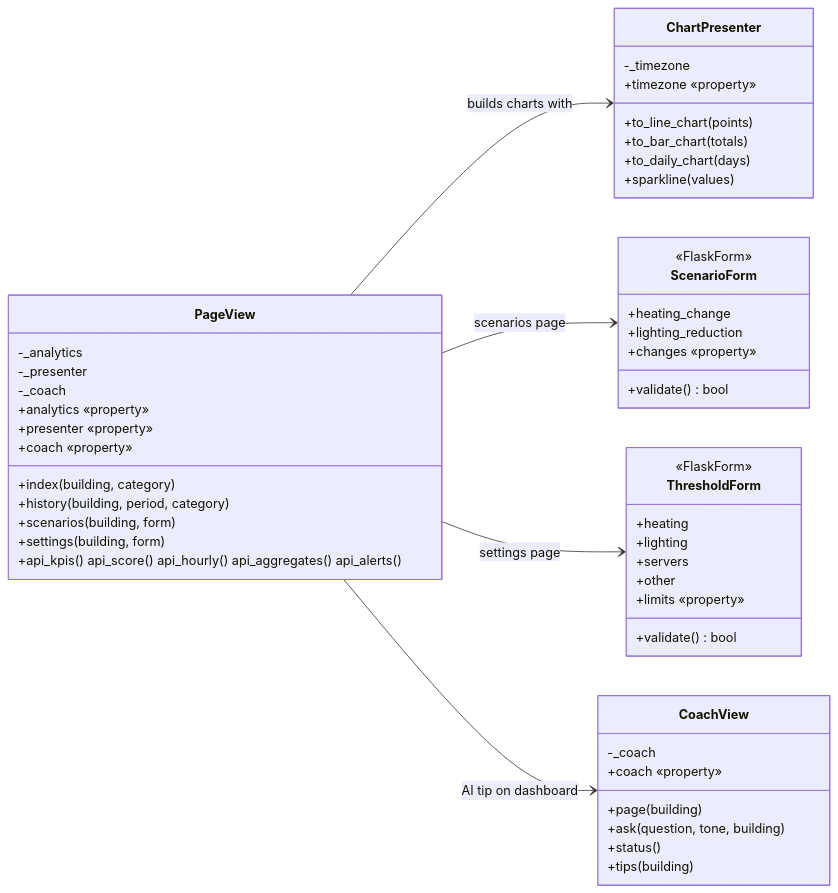
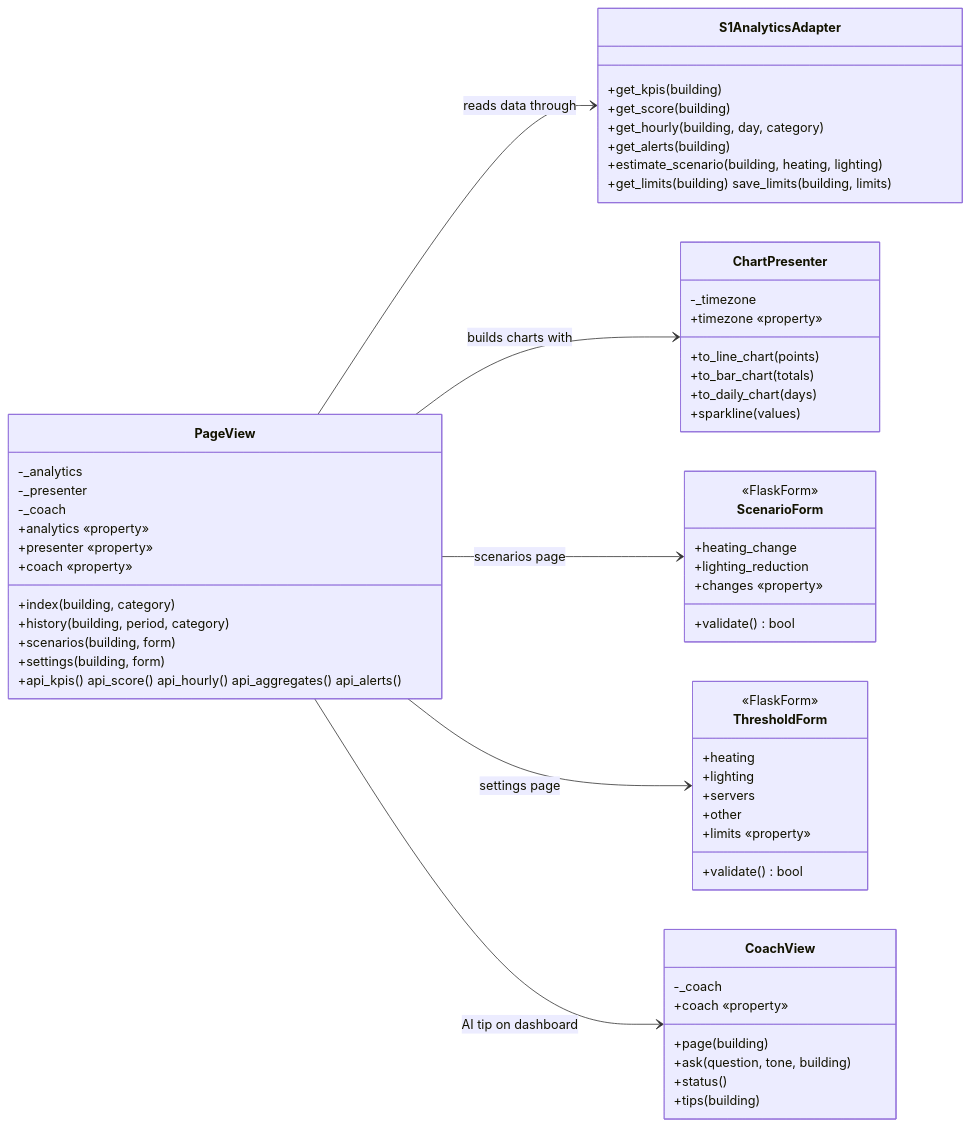
The second of 4 diagrams in README.md (azizjail2003/smart-energy-coach), drawn with Mermaid before and after one commit. The commit also changed other lines of this file and 2 other files, not shown here.

````diff
--- a/README.md
+++ b/README.md
@@ -21,53 +37,62 @@
 ```mermaid
 classDiagram
     direction LR
     class PageView {
         -_analytics
         -_presenter
         -_coach
         +analytics «property»
         +presenter «property»
         +coach «property»
         +index(building, category)
         +history(building, period, category)
         +scenarios(building, form)
         +settings(building, form)
         +api_kpis() api_score() api_hourly() api_aggregates() api_alerts()
     }
     class ChartPresenter {
         -_timezone
         +timezone «property»
         +to_line_chart(points)
         +to_bar_chart(totals)
         +to_daily_chart(days)
         +sparkline(values)
     }
     class ScenarioForm {
         <<FlaskForm>>
         +heating_change
         +lighting_reduction
         +changes «property»
         +validate() bool
     }
     class ThresholdForm {
         <<FlaskForm>>
         +heating
         +lighting
         +servers
         +other
         +limits «property»
         +validate() bool
     }
     class CoachView {
         -_coach
         +coach «property»
         +page(building)
         +ask(question, tone, building)
         +status()
         +tips(building)
     }
+    class S1AnalyticsAdapter {
+        +get_kpis(building)
+        +get_score(building)
+        +get_hourly(building, day, category)
+        +get_alerts(building)
+        +estimate_scenario(building, heating, lighting)
+        +get_limits(building) save_limits(building, limits)
+    }
+    PageView --> S1AnalyticsAdapter : reads data through
     PageView --> ChartPresenter : builds charts with
     PageView --> ScenarioForm : scenarios page
     PageView --> ThresholdForm : settings page
     PageView --> CoachView : AI tip on dashboard
 ```
````
